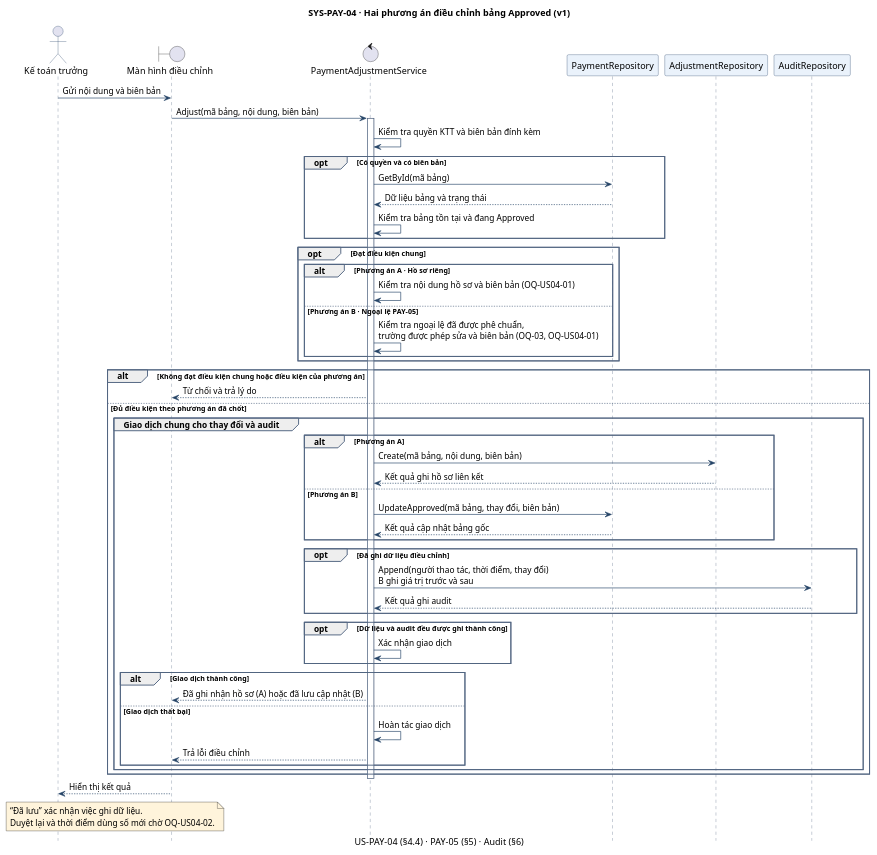
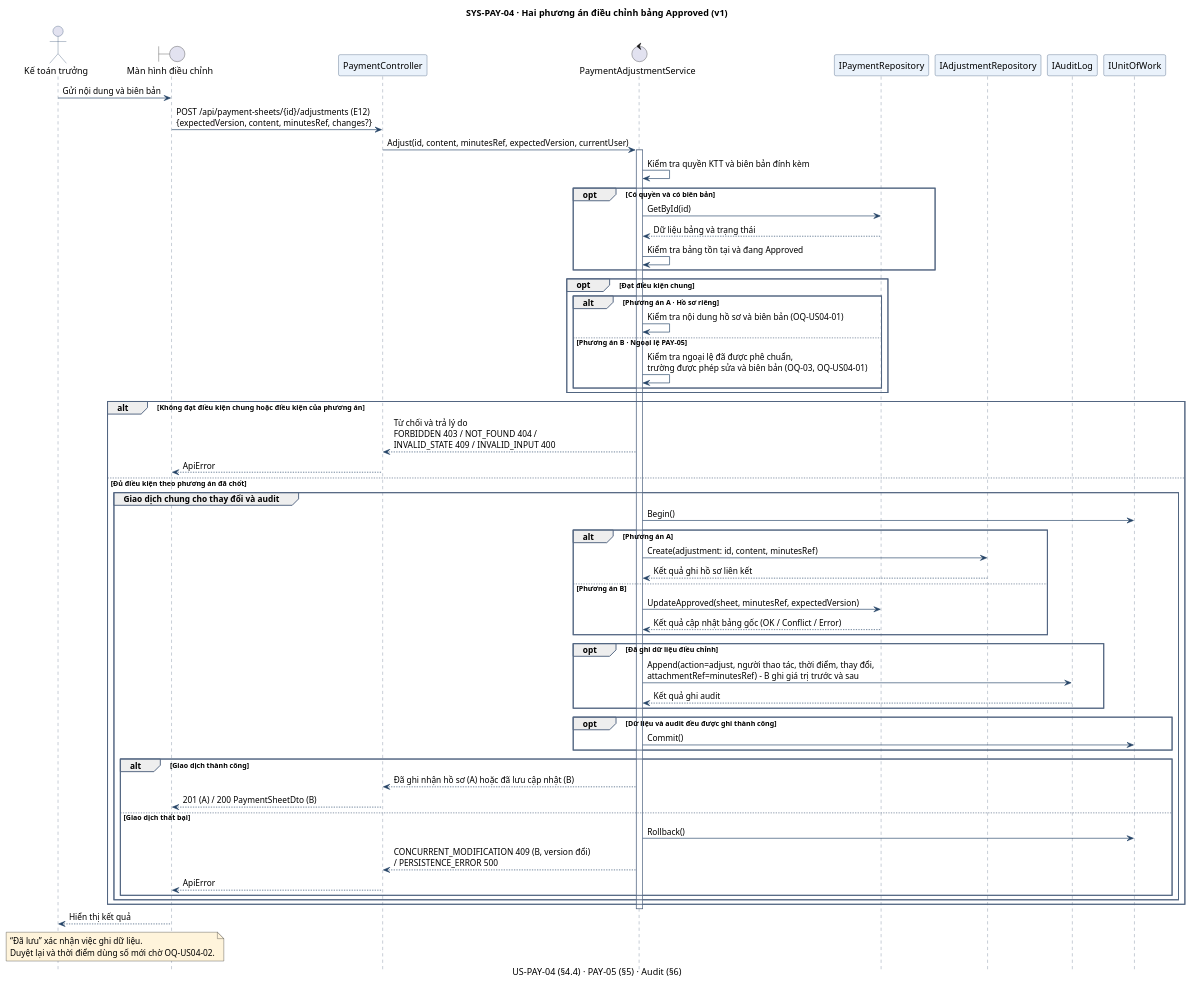
Before and after one commit to Spring-anzuaviv/03-SEMINAR-TA1: the diagram in docs/design/payment-management/v1/diagrams/seq-us-04-v1.puml, drawn with PlantUML. The commit also changed 25 other files, not shown here.

```diff
--- a/docs/design/payment-management/v1/diagrams/seq-us-04-v1.puml
+++ b/docs/design/payment-management/v1/diagrams/seq-us-04-v1.puml
@@ -1,77 +1,87 @@
 @startuml seq-us-04-v1
+' Đồng bộ tên theo 03-detailed-design-v1 §1 và 04-api-contract-v1 (P-24, 09/11/2026); luồng và nhánh giữ nguyên.
 title SYS-PAY-04 · Hai phương án điều chỉnh bảng Approved (v1)
-' Phiên bản: v1 | Đầu vào: sys-us-04-v1.md | Prompt nhập bản: P-02
+' Phiên bản: v1 | Đầu vào: sys-us-04-v1.md | Prompt nhập bản: P-02; đồng bộ tên: P-24
 ' Phạm vi: điều chỉnh Approved | US-PAY-04, PAY-05, audit §6 | OQ-03, OQ-US04-01, OQ-US04-02
+' Tên theo 03 §1: PaymentController -> PaymentAdjustmentService; IPaymentRepository (GetById, UpdateApproved);
+'   IAdjustmentRepository.Create; IAuditLog.Append; IUnitOfWork. Endpoint E12 (04). Mã lỗi theo 03 §1.3.
 ' Trạng thái: Design Pending Approval
 caption US-PAY-04 (§4.4) · PAY-05 (§5) · Audit (§6)
 
 skinparam defaultFontName Segoe UI
 skinparam shadowing false
 skinparam sequence {
   LifeLineBorderColor #526581
   ParticipantBorderColor #244266
   ParticipantBackgroundColor #EAF2FB
   ActorBorderColor #244266
   ArrowColor #244266
   GroupBorderColor #526581
 }
 hide footbox
 
 actor "Kế toán trưởng" as KTT
 boundary "Màn hình điều chỉnh" as UI
+participant PaymentController as API
 control PaymentAdjustmentService as Service
-participant PaymentRepository as PaymentRepo
-participant AdjustmentRepository as AdjustmentRepo
-participant AuditRepository as AuditRepo
+participant IPaymentRepository as PaymentRepo
+participant IAdjustmentRepository as AdjustmentRepo
+participant IAuditLog as AuditLog
+participant IUnitOfWork as UOW
 
 KTT -> UI : Gửi nội dung và biên bản
-UI -> Service : Adjust(mã bảng, nội dung, biên bản)
+UI -> API : POST /api/payment-sheets/{id}/adjustments (E12)\n{expectedVersion, content, minutesRef, changes?}
+API -> Service : Adjust(id, content, minutesRef, expectedVersion, currentUser)
 activate Service
 Service -> Service : Kiểm tra quyền KTT và biên bản đính kèm
 opt Có quyền và có biên bản
-  Service -> PaymentRepo : GetById(mã bảng)
+  Service -> PaymentRepo : GetById(id)
   PaymentRepo --> Service : Dữ liệu bảng và trạng thái
   Service -> Service : Kiểm tra bảng tồn tại và đang Approved
 end
 
 opt Đạt điều kiện chung
   alt Phương án A · Hồ sơ riêng
     Service -> Service : Kiểm tra nội dung hồ sơ và biên bản (OQ-US04-01)
   else Phương án B · Ngoại lệ PAY-05
     Service -> Service : Kiểm tra ngoại lệ đã được phê chuẩn,\ntrường được phép sửa và biên bản (OQ-03, OQ-US04-01)
   end
 end
 
 alt Không đạt điều kiện chung hoặc điều kiện của phương án
-  Service --> UI : Từ chối và trả lý do
+  Service --> API : Từ chối và trả lý do\nFORBIDDEN 403 / NOT_FOUND 404 /\nINVALID_STATE 409 / INVALID_INPUT 400
+  API --> UI : ApiError
 else Đủ điều kiện theo phương án đã chốt
   group Giao dịch chung cho thay đổi và audit
+    Service -> UOW : Begin()
     alt Phương án A
-      Service -> AdjustmentRepo : Create(mã bảng, nội dung, biên bản)
+      Service -> AdjustmentRepo : Create(adjustment: id, content, minutesRef)
       AdjustmentRepo --> Service : Kết quả ghi hồ sơ liên kết
     else Phương án B
-      Service -> PaymentRepo : UpdateApproved(mã bảng, thay đổi, biên bản)
-      PaymentRepo --> Service : Kết quả cập nhật bảng gốc
+      Service -> PaymentRepo : UpdateApproved(sheet, minutesRef, expectedVersion)
+      PaymentRepo --> Service : Kết quả cập nhật bảng gốc (OK / Conflict / Error)
     end
     opt Đã ghi dữ liệu điều chỉnh
-      Service -> AuditRepo : Append(người thao tác, thời điểm, thay đổi)\nB ghi giá trị trước và sau
-      AuditRepo --> Service : Kết quả ghi audit
+      Service -> AuditLog : Append(action=adjust, người thao tác, thời điểm, thay đổi,\nattachmentRef=minutesRef) – B ghi giá trị trước và sau
+      AuditLog --> Service : Kết quả ghi audit
     end
     opt Dữ liệu và audit đều được ghi thành công
-      Service -> Service : Xác nhận giao dịch
+      Service -> UOW : Commit()
     end
     alt Giao dịch thành công
-      Service --> UI : Đã ghi nhận hồ sơ (A) hoặc đã lưu cập nhật (B)
+      Service --> API : Đã ghi nhận hồ sơ (A) hoặc đã lưu cập nhật (B)
+      API --> UI : 201 (A) / 200 PaymentSheetDto (B)
     else Giao dịch thất bại
-      Service -> Service : Hoàn tác giao dịch
-      Service --> UI : Trả lỗi điều chỉnh
+      Service -> UOW : Rollback()
+      Service --> API : CONCURRENT_MODIFICATION 409 (B, version đổi)\n/ PERSISTENCE_ERROR 500
+      API --> UI : ApiError
     end
   end
 end
 deactivate Service
 UI --> KTT : Hiển thị kết quả
 note over KTT, UI #FFF4DB
   “Đã lưu” xác nhận việc ghi dữ liệu.
   Duyệt lại và thời điểm dùng số mới chờ OQ-US04-02.
 end note
 @enduml
```
